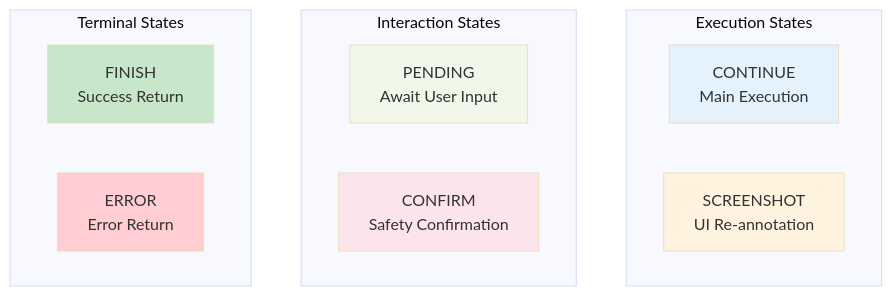
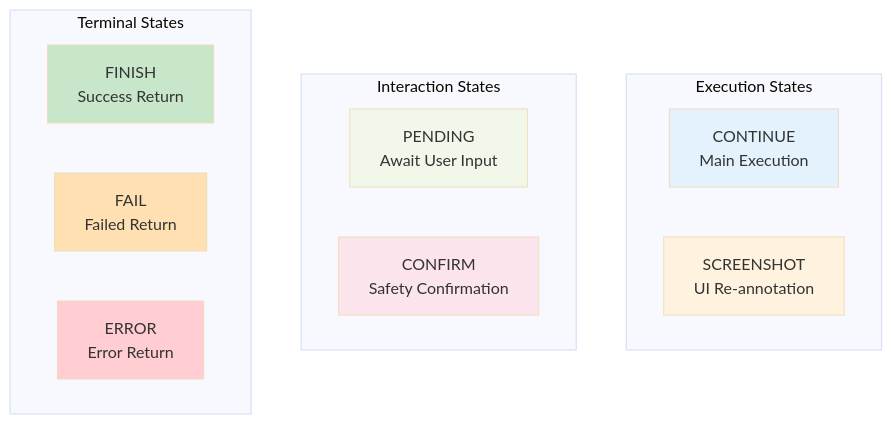
Before and after one commit to microsoft/UFO: the first of 4 diagrams in documents/docs/ufo2/app_agent/state.md, drawn with Mermaid (base theme). The commit also changed other lines of this file and 3 other files, not shown here.

````diff
--- a/documents/docs/ufo2/app_agent/state.md
+++ b/documents/docs/ufo2/app_agent/state.md
@@ -12,24 +11,26 @@
 ```mermaid
 graph TB
     subgraph "Execution States"
         CONTINUE[CONTINUE<br/>Main Execution]
         SCREENSHOT[SCREENSHOT<br/>UI Re-annotation]
     end
     
     subgraph "Interaction States"
         PENDING[PENDING<br/>Await User Input]
         CONFIRM[CONFIRM<br/>Safety Confirmation]
     end
     
     subgraph "Terminal States"
         FINISH[FINISH<br/>Success Return]
+        FAIL[FAIL<br/>Failed Return]
         ERROR[ERROR<br/>Error Return]
     end
     
     style CONTINUE fill:#e3f2fd
     style SCREENSHOT fill:#fff3e0
     style PENDING fill:#f1f8e9
     style CONFIRM fill:#fce4ec
     style FINISH fill:#c8e6c9
+    style FAIL fill:#ffe0b2
     style ERROR fill:#ffcdd2
 ```
````
